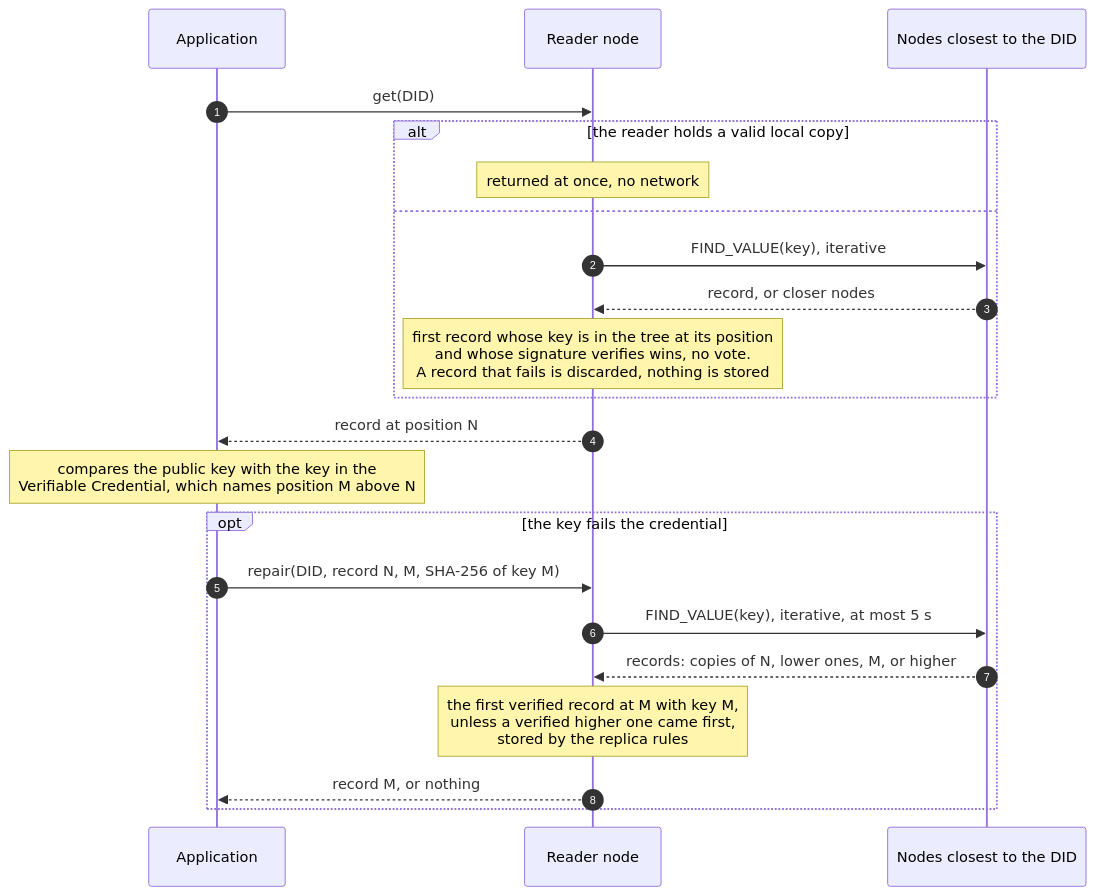
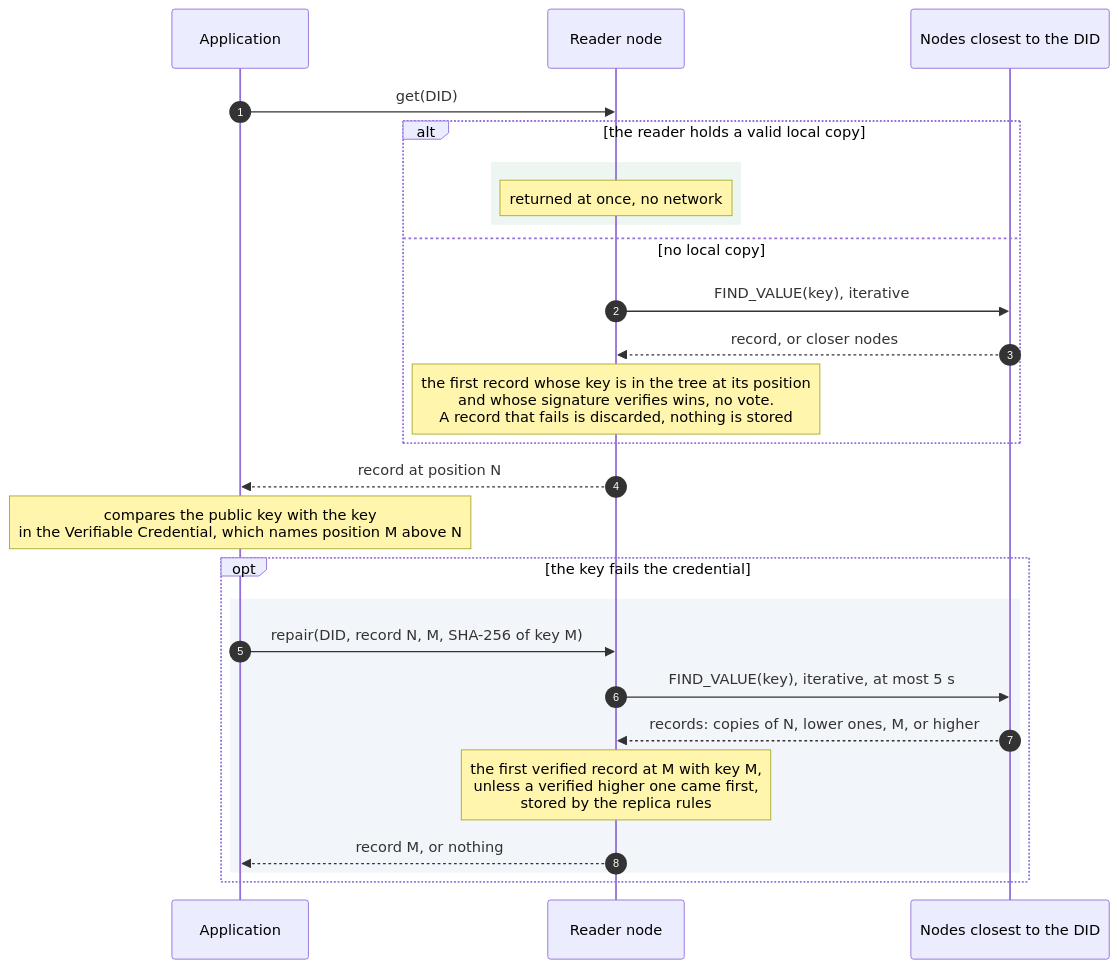
The diagram in docs/design/get.mmd (fratrung/auth-kademlia-rs), drawn with Mermaid before and after one commit. The commit also changed 28 other files, not shown here.

```diff
--- a/docs/design/get.mmd
+++ b/docs/design/get.mmd
@@ -1,22 +1,26 @@
 sequenceDiagram
     autonumber
     participant A as Application
     participant V as Reader node
     participant N as Nodes closest to the DID
     A->>V: get(DID)
     alt the reader holds a valid local copy
+        rect rgba(47, 143, 78, 0.08)
         Note over V: returned at once, no network
-    else
+        end
+    else no local copy
         V->>N: FIND_VALUE(key), iterative
         N-->>V: record, or closer nodes
-        Note over V: first record whose key is in the tree at its position<br/>and whose signature verifies wins, no vote.<br/>A record that fails is discarded, nothing is stored
+        Note over V: the first record whose key is in the tree at its position<br/>and whose signature verifies wins, no vote.<br/>A record that fails is discarded, nothing is stored
     end
     V-->>A: record at position N
-    Note over A: compares the public key with the key in the<br/>Verifiable Credential, which names position M above N
+    Note over A: compares the public key with the key<br/>in the Verifiable Credential, which names position M above N
     opt the key fails the credential
+        rect rgba(91, 127, 174, 0.08)
         A->>V: repair(DID, record N, M, SHA-256 of key M)
         V->>N: FIND_VALUE(key), iterative, at most 5 s
         N-->>V: records: copies of N, lower ones, M, or higher
         Note over V: the first verified record at M with key M,<br/>unless a verified higher one came first,<br/>stored by the replica rules
         V-->>A: record M, or nothing
+        end
     end
```
